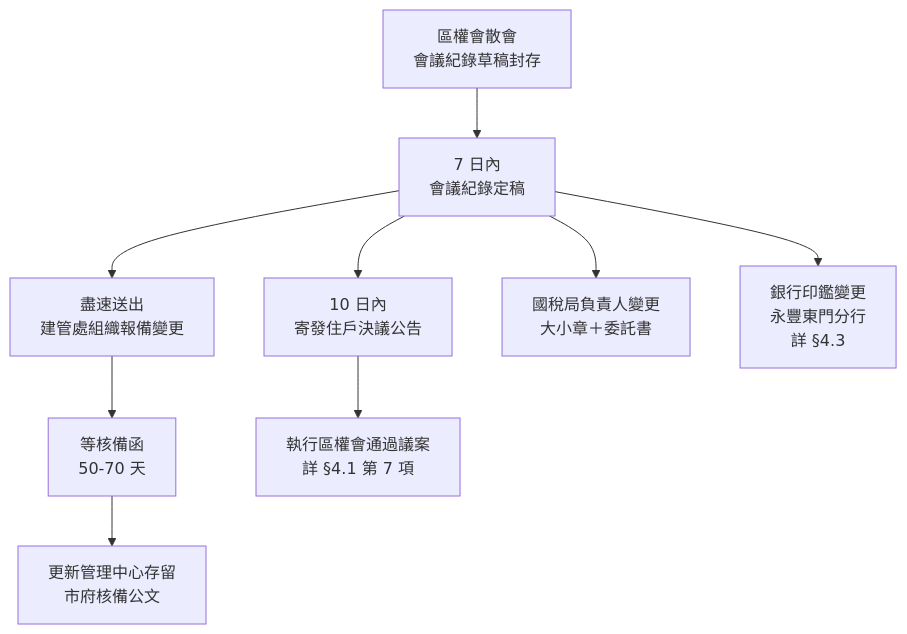
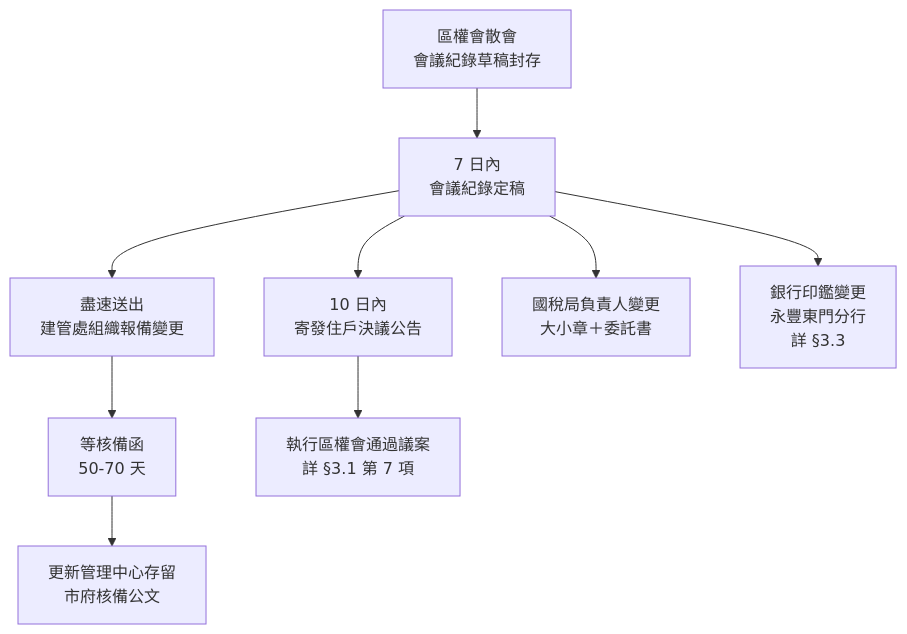
Before and after one commit to culturalcity/culturalcity.github.io: the fifth of 5 diagrams in src/admin/staff/pm-wiki.md, drawn with Mermaid. The commit also changed other lines of this file and 2 other files, not shown here.

````diff
--- a/src/admin/staff/pm-wiki.md
+++ b/src/admin/staff/pm-wiki.md
@@ -1355,11 +1310,11 @@
 ```mermaid
 flowchart TD
   A[區權會散會<br/>會議紀錄草稿封存] --> B[7 日內<br/>會議紀錄定稿]
   B --> C[10 日內<br/>寄發住戶決議公告]
   B --> D[盡速送出<br/>建管處組織報備變更]
   B --> E[國稅局負責人變更<br/>大小章＋委託書]
-  B --> F[銀行印鑑變更<br/>永豐東門分行<br/>詳 §4.3]
+  B --> F[銀行印鑑變更<br/>永豐東門分行<br/>詳 §3.3]
   D --> G[等核備函<br/>50-70 天]
   G --> H[更新管理中心存留<br/>市府核備公文]
-  C --> I[執行區權會通過議案<br/>詳 §4.1 第 7 項]
+  C --> I[執行區權會通過議案<br/>詳 §3.1 第 7 項]
 ```
````
